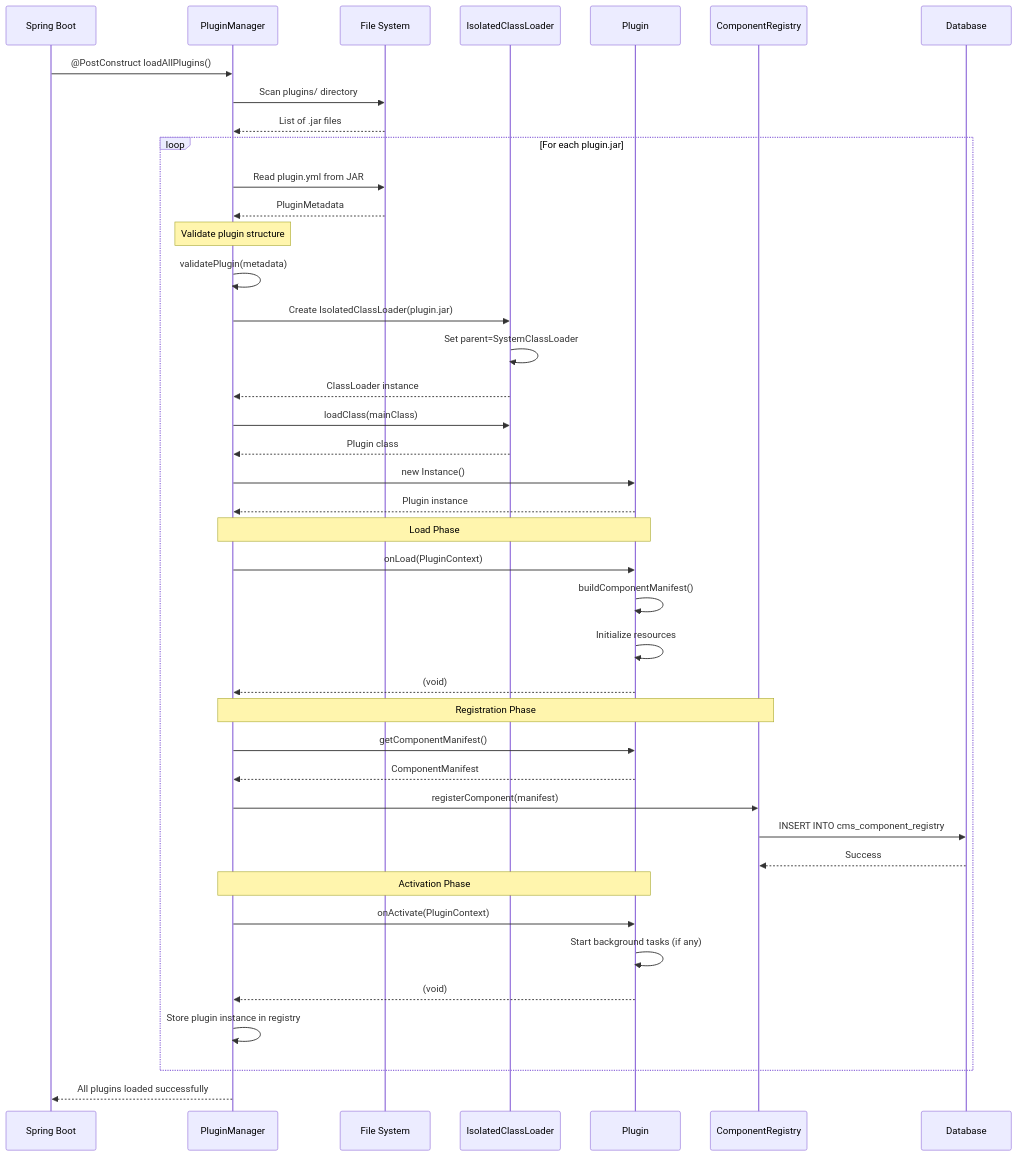
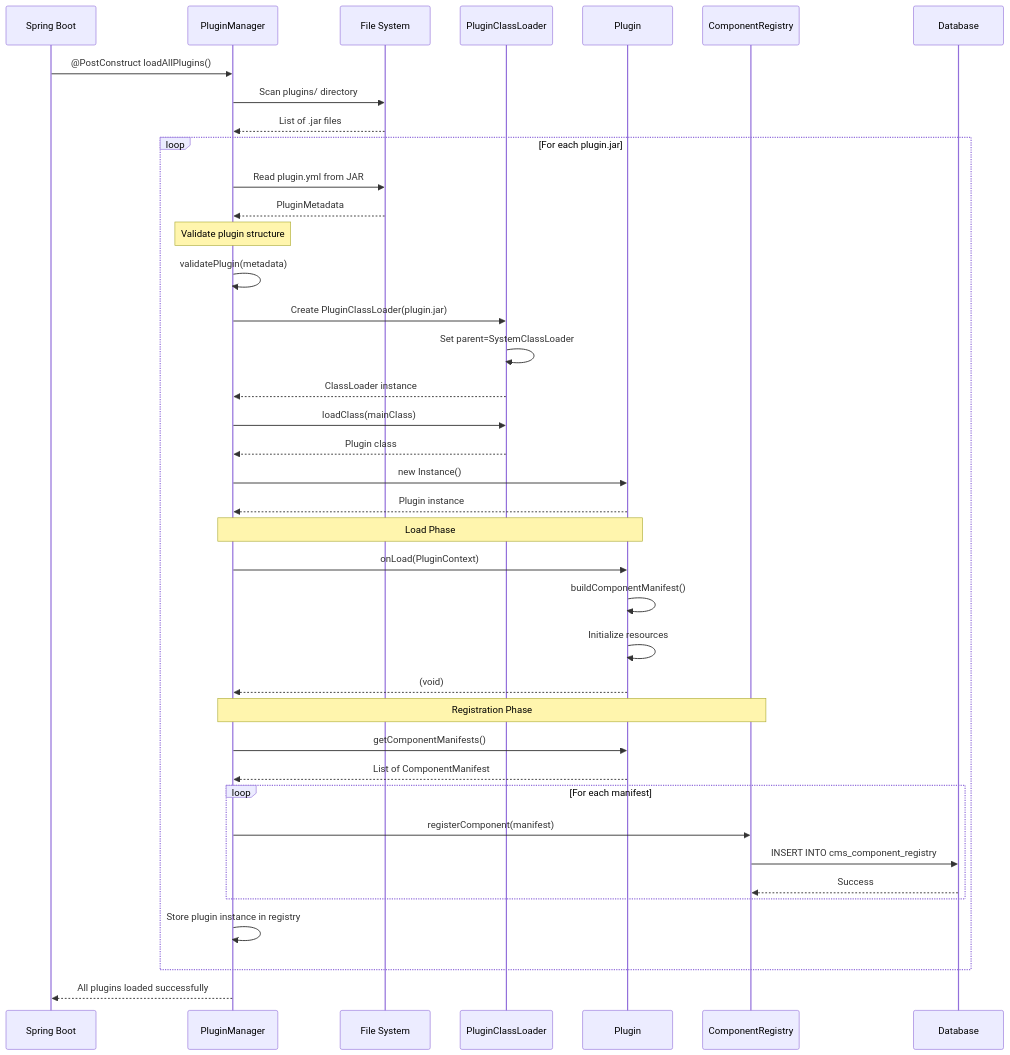
The first of 13 diagrams in docs/architecture/arc42/06-runtime-view.md (Visual-Site-Designer-VSD/visual-site-designer), drawn with Mermaid before and after one commit. The commit also changed other lines of this file and 15 other files, not shown here.

````diff
--- a/docs/architecture/arc42/06-runtime-view.md
+++ b/docs/architecture/arc42/06-runtime-view.md
@@ -13,54 +13,52 @@
 ```mermaid
 sequenceDiagram
     participant Boot as Spring Boot
     participant PM as PluginManager
     participant FS as File System
-    participant CL as IsolatedClassLoader
+    participant CL as PluginClassLoader
     participant Plugin
     participant CR as ComponentRegistry
     participant DB as Database
 
     Boot->>PM: @PostConstruct loadAllPlugins()
     PM->>FS: Scan plugins/ directory
     FS-->>PM: List of .jar files
 
     loop For each plugin.jar
         PM->>FS: Read plugin.yml from JAR
         FS-->>PM: PluginMetadata
 
         Note over PM: Validate plugin structure
         PM->>PM: validatePlugin(metadata)
 
-        PM->>CL: Create IsolatedClassLoader(plugin.jar)
+        PM->>CL: Create PluginClassLoader(plugin.jar)
         CL->>CL: Set parent=SystemClassLoader
         CL-->>PM: ClassLoader instance
 
         PM->>CL: loadClass(mainClass)
         CL-->>PM: Plugin class
 
         PM->>Plugin: new Instance()
         Plugin-->>PM: Plugin instance
 
         Note over PM,Plugin: Load Phase
         PM->>Plugin: onLoad(PluginContext)
         Plugin->>Plugin: buildComponentManifest()
         Plugin->>Plugin: Initialize resources
         Plugin-->>PM: (void)
 
         Note over PM,CR: Registration Phase
-        PM->>Plugin: getComponentManifest()
-        Plugin-->>PM: ComponentManifest
-        PM->>CR: registerComponent(manifest)
-        CR->>DB: INSERT INTO cms_component_registry
-        DB-->>CR: Success
+        PM->>Plugin: getComponentManifests()
+        Plugin-->>PM: List of ComponentManifest
 
-        Note over PM,Plugin: Activation Phase
-        PM->>Plugin: onActivate(PluginContext)
-        Plugin->>Plugin: Start background tasks (if any)
-        Plugin-->>PM: (void)
+        loop For each manifest
+            PM->>CR: registerComponent(manifest)
+            CR->>DB: INSERT INTO cms_component_registry
+            DB-->>CR: Success
+        end
 
         PM->>PM: Store plugin instance in registry
     end
 
     PM-->>Boot: All plugins loaded successfully
 ```
````
